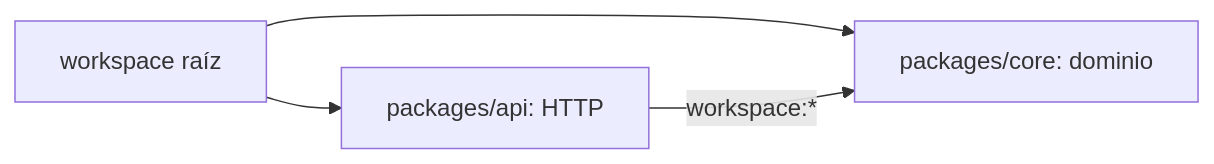
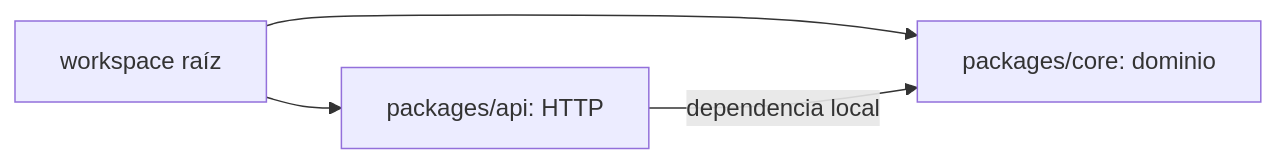
One commit to NICORUIZ93/The_Imperial_Book changed the first of 3 diagrams in web/public/content/node/modulo-1.md. Above: the diagram before and after it, drawn with Mermaid. The commit also changed other lines of this file and 33 other files, not shown here.

````diff
--- a/web/public/content/node/modulo-1.md
+++ b/web/public/content/node/modulo-1.md
@@ -217,6 +264,6 @@
 ```mermaid
 flowchart LR
     ROOT["workspace raíz"] --> CORE["packages/core: dominio"]
     ROOT --> API["packages/api: HTTP"]
-    API -->|"workspace:*"| CORE
+    API -->|"dependencia local"| CORE
 ```
````
